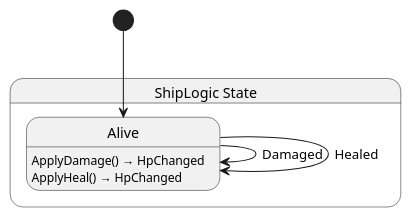
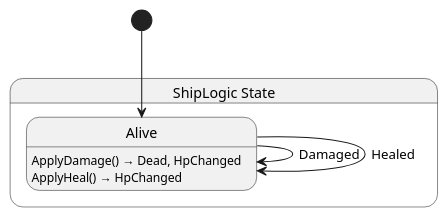
One commit to Ygoat/EternalJourney changed the diagram in src/ship/state/ShipLogic.g.puml. Above: the diagram before and after it, drawn with PlantUML. The commit also changed 22 other files, not shown here.

```diff
--- a/src/ship/state/ShipLogic.g.puml
+++ b/src/ship/state/ShipLogic.g.puml
@@ -1,13 +1,13 @@
 @startuml ShipLogic
 state "ShipLogic State" as EternalJourney_Ship_State_ShipLogic_State {
   state "Alive" as EternalJourney_Ship_State_ShipLogic_State_Alive
 }
 
 EternalJourney_Ship_State_ShipLogic_State_Alive --> EternalJourney_Ship_State_ShipLogic_State_Alive : Damaged
 EternalJourney_Ship_State_ShipLogic_State_Alive --> EternalJourney_Ship_State_ShipLogic_State_Alive : Healed
 
-EternalJourney_Ship_State_ShipLogic_State_Alive : ApplyDamage() → HpChanged
+EternalJourney_Ship_State_ShipLogic_State_Alive : ApplyDamage() → Dead, HpChanged
 EternalJourney_Ship_State_ShipLogic_State_Alive : ApplyHeal() → HpChanged
 
 [*] --> EternalJourney_Ship_State_ShipLogic_State_Alive
 @enduml
```
